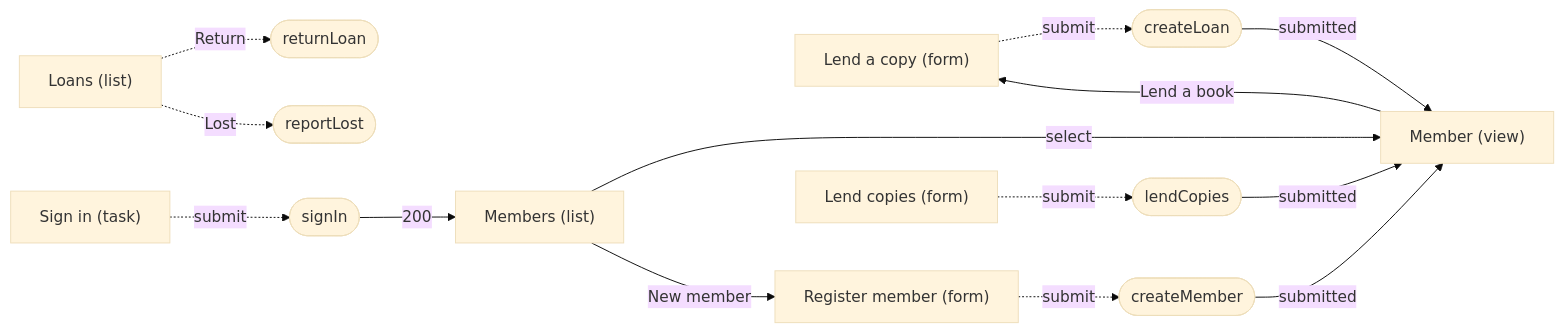
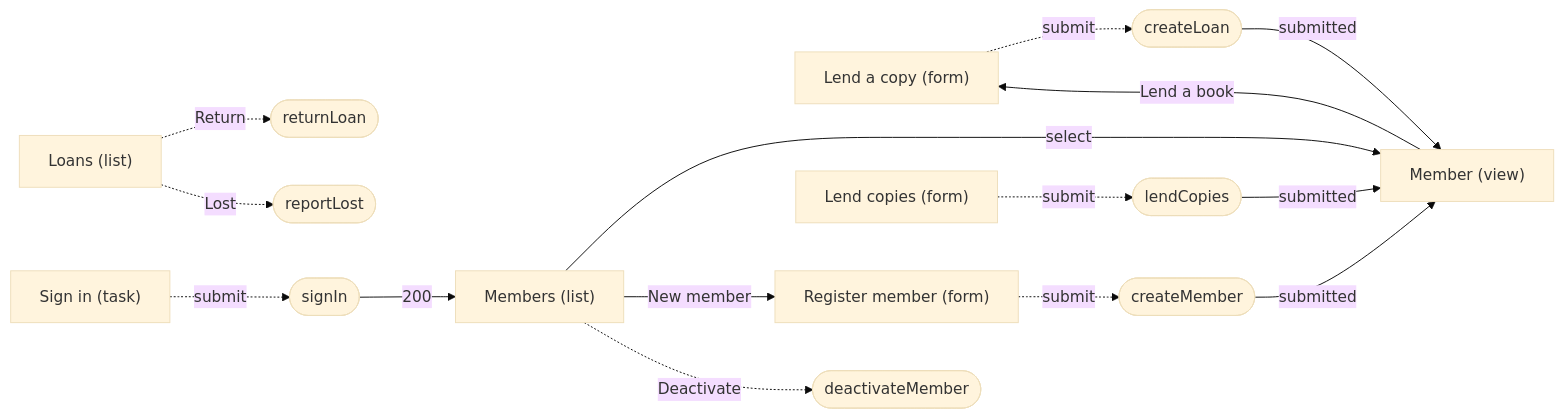
One commit to SpecArch/specarch changed diagram 17 of 18 in examples/library-lending/docs/techspec.md. Above: the diagram before and after it, drawn with Mermaid (base theme). The commit also changed other lines of this file and 68 other files, not shown here.

````diff
--- a/examples/library-lending/docs/techspec.md
+++ b/examples/library-lending/docs/techspec.md
@@ -763,29 +782,31 @@
 ```mermaid
 flowchart LR
   loan_form["Lend a copy (form)"]
   loans_list["Loans (list)"]
   member_form["Register member (form)"]
   member_loans["Lend copies (form)"]
   member_view["Member (view)"]
   members_list["Members (list)"]
   sign_in["Sign in (task)"]
   op_createLoan(["createLoan"])
   loan_form -.->|"submit"| op_createLoan
   op_createLoan -->|"submitted"| member_view
   op_returnLoan(["returnLoan"])
   loans_list -.->|"Return"| op_returnLoan
   op_reportLost(["reportLost"])
   loans_list -.->|"Lost"| op_reportLost
   op_createMember(["createMember"])
   member_form -.->|"submit"| op_createMember
   op_createMember -->|"submitted"| member_view
   op_lendCopies(["lendCopies"])
   member_loans -.->|"submit"| op_lendCopies
   op_lendCopies -->|"submitted"| member_view
   member_view -->|"Lend a book"| loan_form
   members_list -->|"select"| member_view
   members_list -->|"New member"| member_form
+  op_deactivateMember(["deactivateMember"])
+  members_list -.->|"Deactivate"| op_deactivateMember
   op_signIn(["signIn"])
   sign_in -.->|"submit"| op_signIn
   op_signIn -->|"200"| members_list
 ```
````
